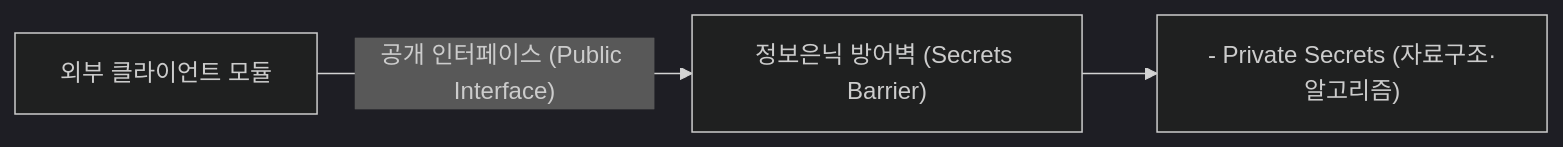
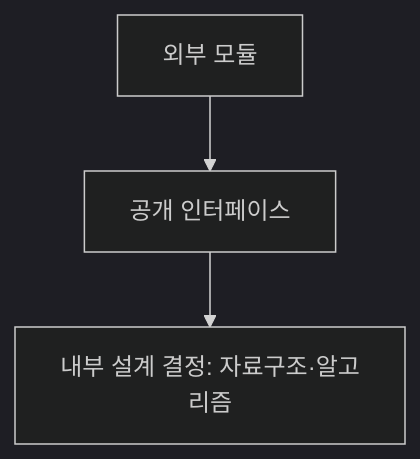
The first of 3 diagrams in src/content/docs/notes/itpe/02-software-engineering/024_information_hiding.md (agnusdei1207/study), drawn with Mermaid (dark theme) before and after one commit. The commit also changed other lines of this file, not shown here.

````diff
--- a/src/content/docs/notes/itpe/02-software-engineering/024_information_hiding.md
+++ b/src/content/docs/notes/itpe/02-software-engineering/024_information_hiding.md
@@ -51,5 +51,5 @@
 ```mermaid
-flowchart LR
-    C["외부 클라이언트 모듈"] -->|"공개 인터페이스 (Public Interface)"| PB["정보은닉 방어벽 (Secrets Barrier)"]
-    PB --> SEC["- Private Secrets (자료구조·알고리즘)"]
+flowchart TD
+    C["외부 모듈"] --> I["공개 인터페이스"]
+    I --> S["내부 설계 결정: 자료구조·알고리즘"]
 ```
````
